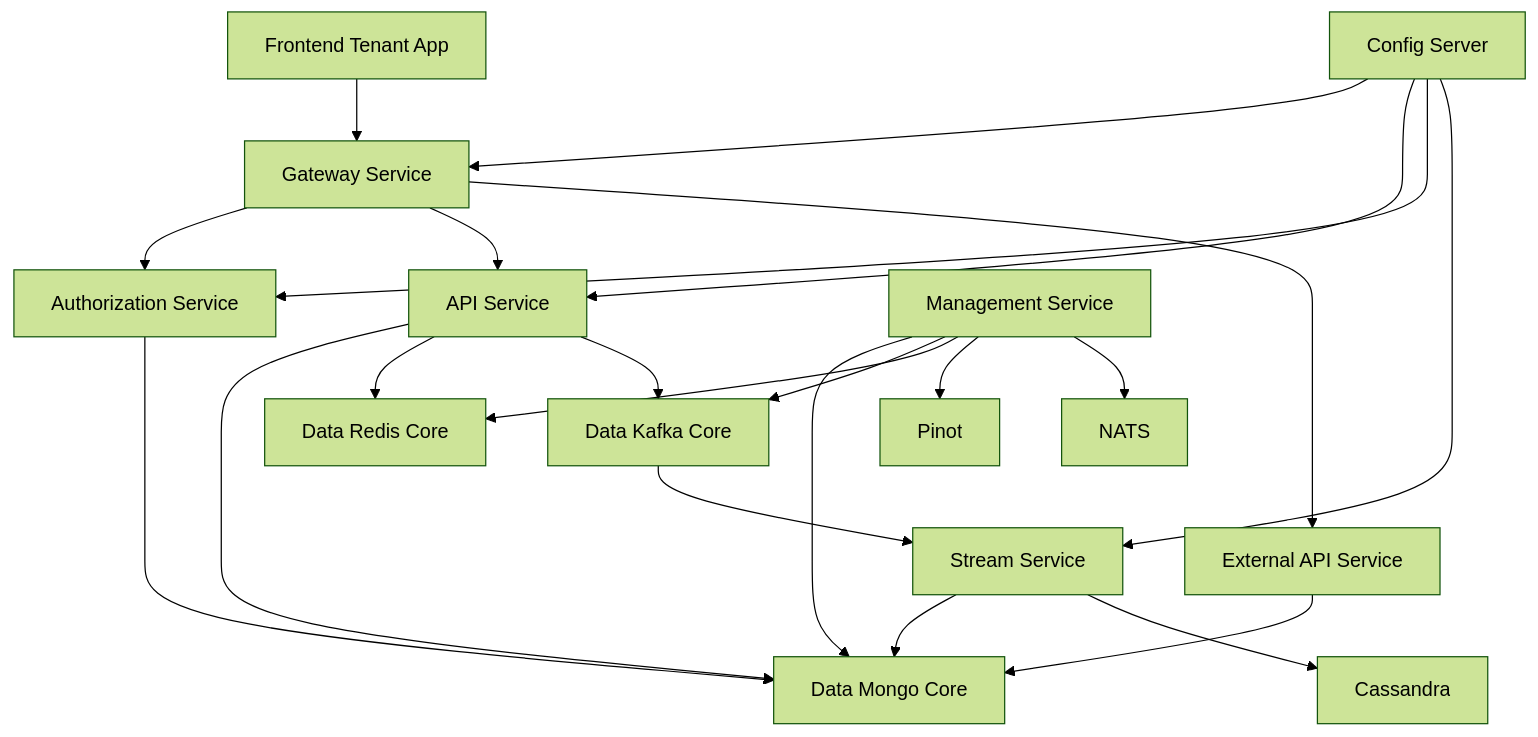
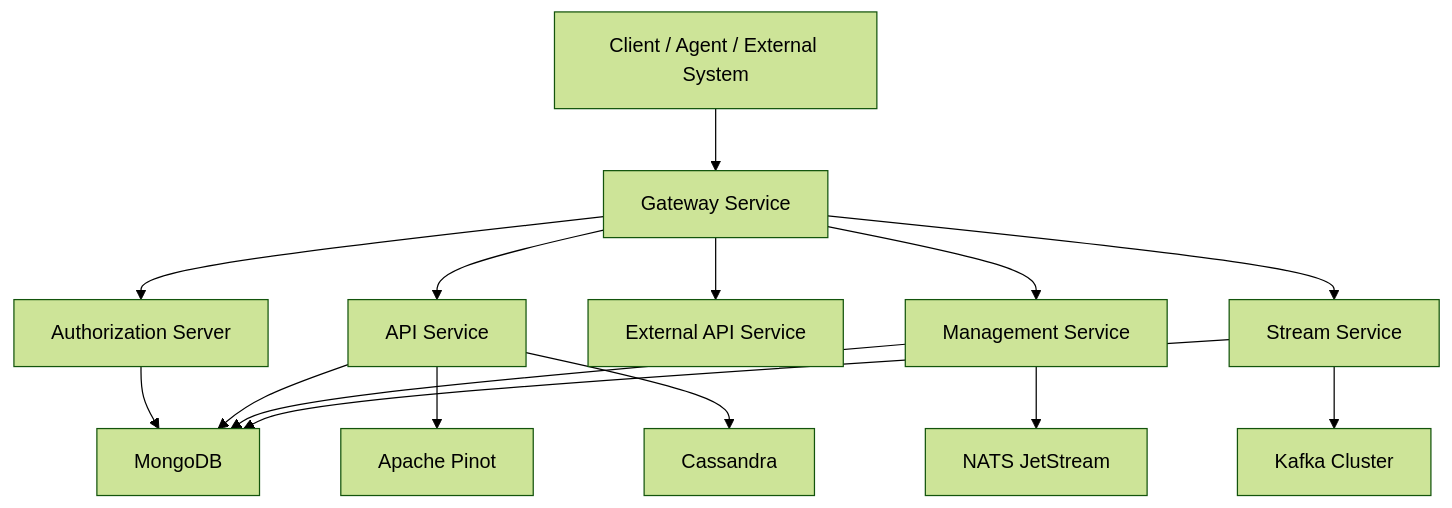
The diagram in docs/architecture/diagrams/README.mmd (Praesto-Pro/openframe-oss-tenant), drawn with Mermaid (forest theme) before and after one commit. The commit also changed 149 other files, not shown here.

```diff
--- a/docs/architecture/diagrams/README.mmd
+++ b/docs/architecture/diagrams/README.mmd
@@ -1,27 +1,20 @@
 flowchart TD
-    User["Frontend Tenant App"] --> Gateway["Gateway Service"]
-    Gateway --> Authz["Authorization Service"]
+    Client["Client / Agent / External System"] --> Gateway["Gateway Service"]
+
+    Gateway --> Auth["Authorization Server"]
     Gateway --> Api["API Service"]
     Gateway --> ExternalApi["External API Service"]
+    Gateway --> Management["Management Service"]
+    Gateway --> Stream["Stream Service"]
 
-    Api --> Mongo["Data Mongo Core"]
-    Api --> Redis["Data Redis Core"]
-    Api --> Kafka["Data Kafka Core"]
+    Auth --> Mongo["MongoDB"]
+    Api --> Mongo
+    Management --> Mongo
 
-    ExternalApi --> Mongo
-    Authz --> Mongo
+    Stream --> Kafka["Kafka Cluster"]
+    Stream --> Mongo
 
-    Kafka --> Stream["Stream Service"]
-    Stream --> Mongo
-    Stream --> Cassandra["Cassandra"]
+    Api --> Pinot["Apache Pinot"]
+    Api --> Cassandra["Cassandra"]
 
-    Management["Management Service"] --> Mongo
-    Management --> Kafka
-    Management --> Redis
-    Management --> Pinot["Pinot"]
-    Management --> NATS["NATS"]
-
-    Config["Config Server"] --> Gateway
-    Config --> Api
-    Config --> Authz
-    Config --> Stream
+    Management --> Nats["NATS JetStream"]
```
